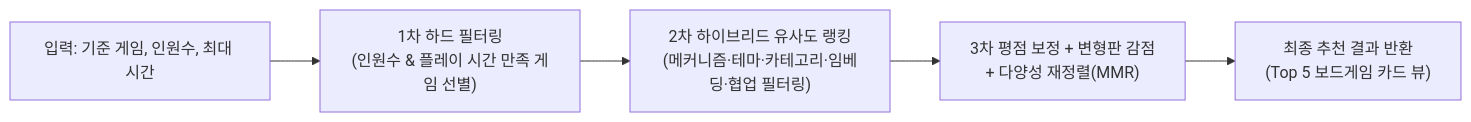
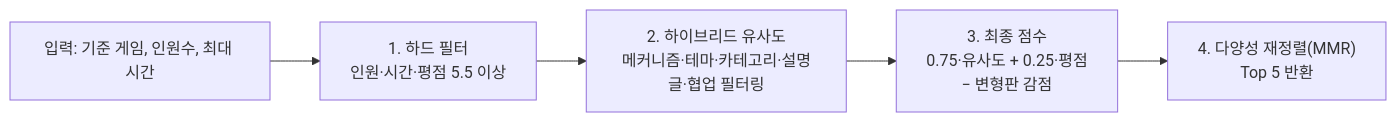
Before and after one commit to junijuny/boardgame-recommender: the first of 2 diagrams in README.md, drawn with Mermaid. The commit also changed other lines of this file and 5 other files, not shown here.

````diff
--- a/README.md
+++ b/README.md
@@ -50,7 +66,7 @@
 ```mermaid
 flowchart LR
-    A["입력: 기준 게임, 인원수, 최대 시간"] --> B["1차 하드 필터링<br/>(인원수 & 플레이 시간 만족 게임 선별)"]
-    B --> C["2차 하이브리드 유사도 랭킹<br/>(메커니즘·테마·카테고리·임베딩·협업 필터링)"]
-    C --> D["3차 평점 보정 + 변형판 감점<br/>+ 다양성 재정렬(MMR)"]
-    D --> E["최종 추천 결과 반환<br/>(Top 5 보드게임 카드 뷰)"]
+    A["입력: 기준 게임, 인원수, 최대 시간"] --> B["1. 하드 필터<br/>인원·시간·평점 5.5 이상"]
+    B --> C["2. 하이브리드 유사도<br/>메커니즘·테마·카테고리·설명글·협업 필터링"]
+    C --> D["3. 최종 점수<br/>0.75·유사도 + 0.25·평점<br/>− 변형판 감점"]
+    D --> E["4. 다양성 재정렬(MMR)<br/>Top 5 반환"]
 ```
````
